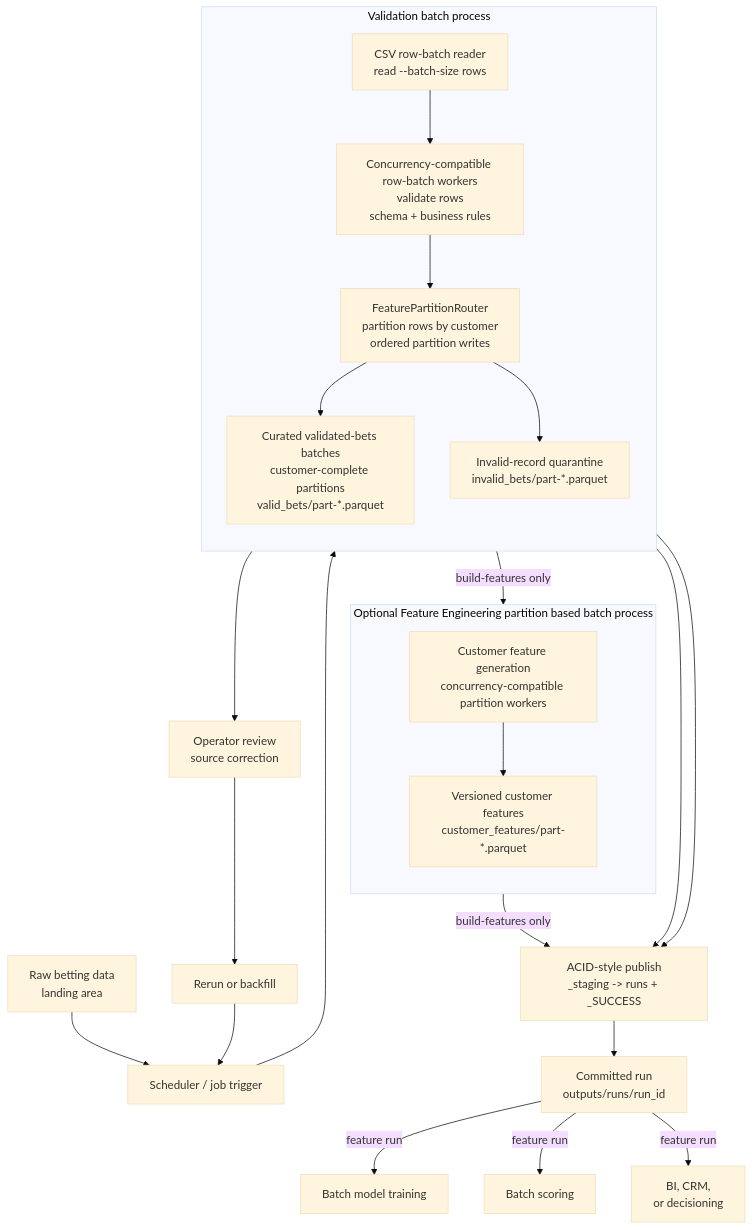
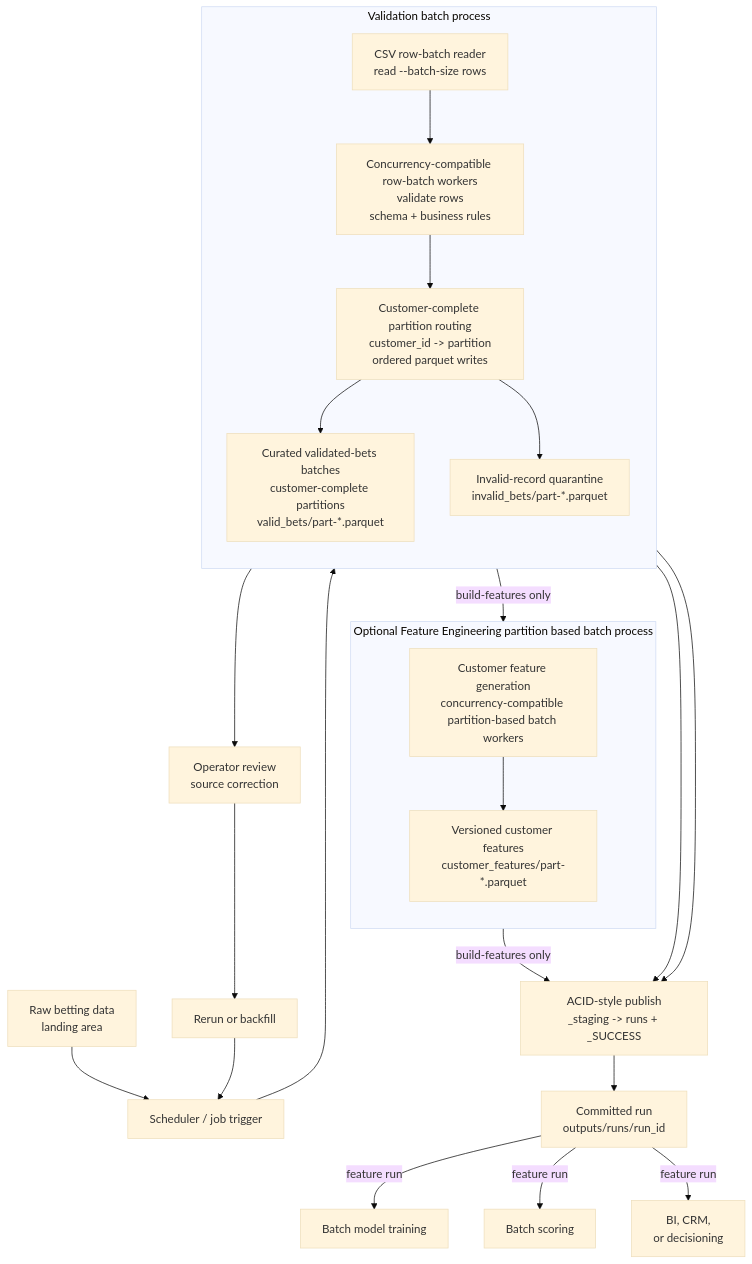
One commit to diyang/entain-case-test changed the diagram in docs/design_note.md. Above: the diagram before and after it, drawn with Mermaid (base theme). The commit also changed other lines of this file and 4 other files, not shown here.

````diff
--- a/docs/design_note.md
+++ b/docs/design_note.md
@@ -16,44 +16,44 @@
 ```mermaid
 flowchart TD
     raw["Raw betting data<br/>landing area"]
     scheduler["Scheduler / job trigger"]
 
     subgraph validation["Validation batch process"]
         direction TD
         scan["CSV row-batch reader<br/>read --batch-size rows"]
         row_worker["Concurrency-compatible row-batch workers<br/>validate rows<br/>schema + business rules"]
-        router["FeaturePartitionRouter<br/>partition rows by customer<br/>ordered partition writes"]
+        router["Customer-complete partition routing<br/>customer_id -> partition<br/>ordered parquet writes"]
         valid["Curated validated-bets batches<br/>customer-complete partitions<br/>valid_bets/part-*.parquet"]
         invalid["Invalid-record quarantine<br/>invalid_bets/part-*.parquet"]
 
         scan --> row_worker --> router
         router --> valid
         router --> invalid
     end
 
     subgraph feature_engineering["Optional Feature Engineering partition based batch process"]
         direction TD
-        feature_worker["Customer feature generation<br/>concurrency-compatible partition workers"]
+        feature_worker["Customer feature generation<br/>concurrency-compatible partition-based batch workers"]
         feature_output["Versioned customer features<br/>customer_features/part-*.parquet"]
 
         feature_worker --> feature_output
     end
 
     publish["ACID-style publish<br/>_staging -> runs + _SUCCESS"]
     run["Committed run<br/>outputs/runs/run_id"]
 
     raw --> scheduler --> scan
     valid --> publish
     invalid --> publish
     valid -- "build-features only" --> feature_worker
     feature_output -- "build-features only" --> publish
     publish --> run
 
     review["Operator review<br/>source correction"]
     rerun["Rerun or backfill"]
     invalid --> review --> rerun --> scheduler
 
     run -- "feature run" --> training[Batch model training]
     run -- "feature run" --> scoring[Batch scoring]
     run -- "feature run" --> analytics[BI, CRM,<br/>or decisioning]
 ```
````
